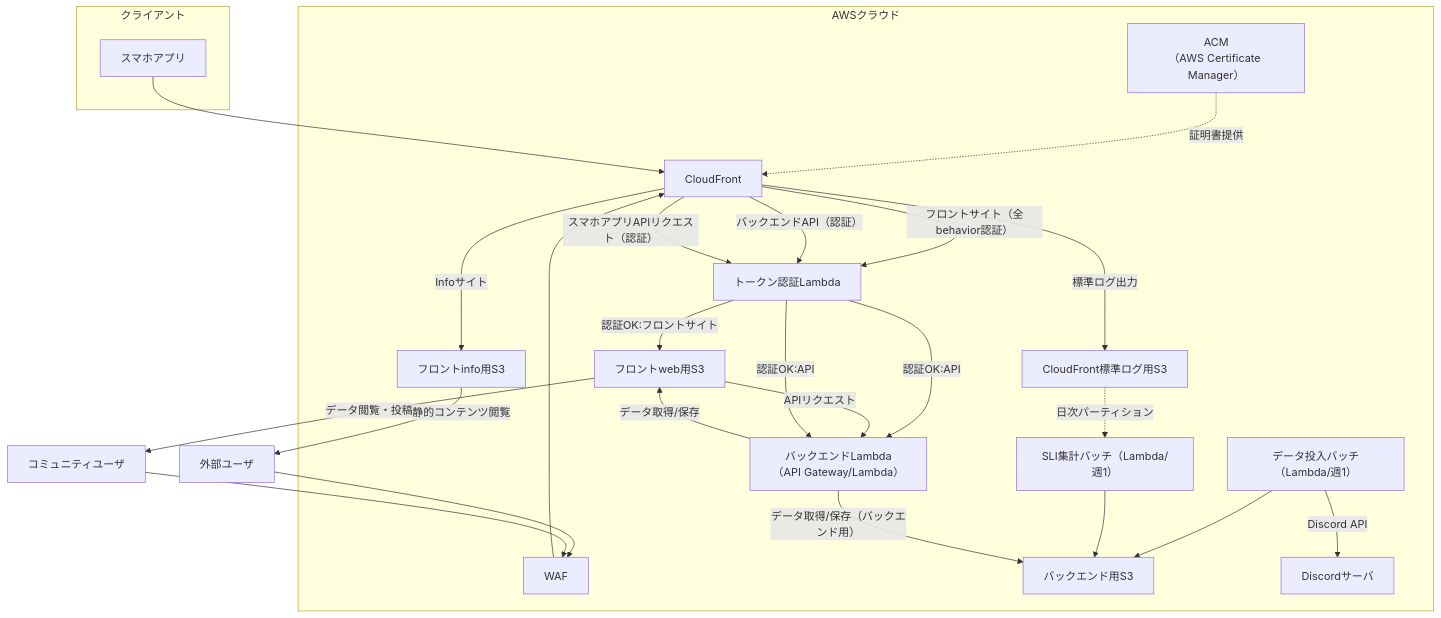
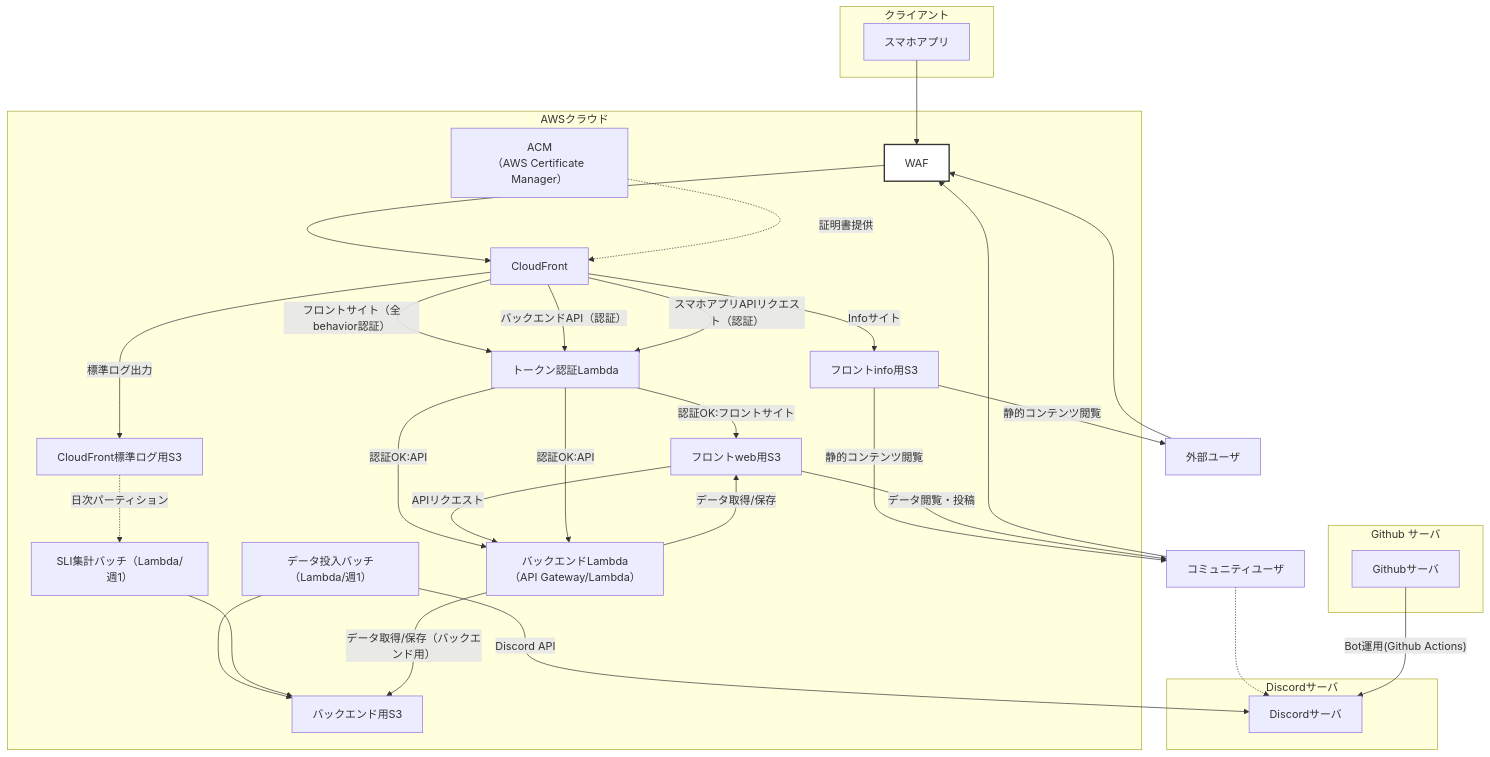
Before and after one commit to deidra-JP-windows/ris-infra-core: the diagram in documents/systems/ネットワーク構成図.md, drawn with Mermaid. The commit also changed other lines of this file and 1 other file, not shown here.

Commit message:
[ドキュメント修正]_ディスコードBot追加

````diff
--- a/documents/systems/ネットワーク構成図.md
+++ b/documents/systems/ネットワーク構成図.md
@@ -2,42 +1,53 @@
 ```mermaid
 flowchart TD
   subgraph AWSクラウド
+    WAF[WAF]:::edge
     ACM[ACM\n（AWS Certificate Manager）]
-    WAF[WAF]
     CF[CloudFront]
-  S3_Info[フロントinfo用S3]
-  S3_Front[フロントweb用S3]
-  S3_Backend[バックエンド用S3]
-  S3_CFLog[CloudFront標準ログ用S3]
-  API[バックエンドLambda（API Gateway/Lambda）]
-  AuthLambda[トークン認証Lambda]
-  DataBatch[データ投入バッチ（Lambda/週1）]
-  SLI_Batch[SLI集計バッチ（Lambda/週1）]
-  Discord[Discordサーバ]
+    S3_Info[フロントinfo用S3]
+    S3_Front[フロントweb用S3]
+    S3_Backend[バックエンド用S3]
+    S3_CFLog[CloudFront標準ログ用S3]
+    API[バックエンドLambda（API Gateway/Lambda）]
+    AuthLambda[トークン認証Lambda]
+    DataBatch[データ投入バッチ（Lambda/週1）]
+    SLI_Batch[SLI集計バッチ（Lambda/週1）]
   end
+  classDef edge fill:#fff,stroke:#333,stroke-width:2px;
+  subgraph Discordサーバ
+    Discord[Discordサーバ]
+  end
+  classDef edge fill:#fff,stroke:#333,stroke-width:2px;
+  subgraph Github サーバ
+    Github[Githubサーバ]
+  end
+  classDef edge fill:#fff,stroke:#333,stroke-width:2px;
   User[外部ユーザ] --> WAF
   Member[コミュニティユーザ] --> WAF
+  Member[コミュニティユーザ] -.-> Discord[Discordサーバ]
+  Github[Githubサーバ] -- Bot運用(Github Actions) --> Discord[Discordサーバ]
   WAF --> CF
   ACM -. 証明書提供 .-> CF
   CF -- Infoサイト --> S3_Info
   CF -- フロントサイト（全behavior認証） --> AuthLambda
   CF -- バックエンドAPI（認証） --> AuthLambda
   CF -- 標準ログ出力 --> S3_CFLog
   AuthLambda -- 認証OK:フロントサイト --> S3_Front
   AuthLambda -- 認証OK:API --> API
   S3_Info -- 静的コンテンツ閲覧 --> User
+  S3_Info -- 静的コンテンツ閲覧 --> Member
   S3_Front -- データ閲覧・投稿 --> Member
   S3_Front -- APIリクエスト --> API
   API -- データ取得/保存 --> S3_Front
   DataBatch -- Discord API --> Discord
   DataBatch --> S3_Backend
   SLI_Batch --> S3_Backend
   S3_CFLog -. 日次パーティション .-> SLI_Batch
   subgraph クライアント
     App[スマホアプリ]
   end
-  App --> CF
+  App --> WAF
   CF -- スマホアプリAPIリクエスト（認証） --> AuthLambda
   AuthLambda -- 認証OK:API --> API
   API -- データ取得/保存（バックエンド用） --> S3_Backend
 ```
````
